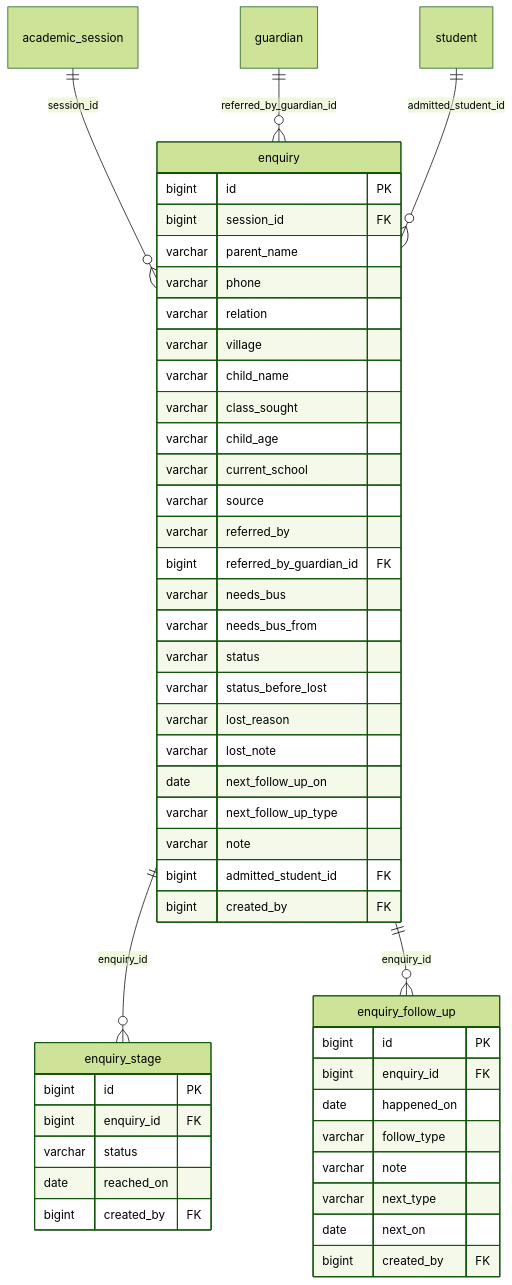
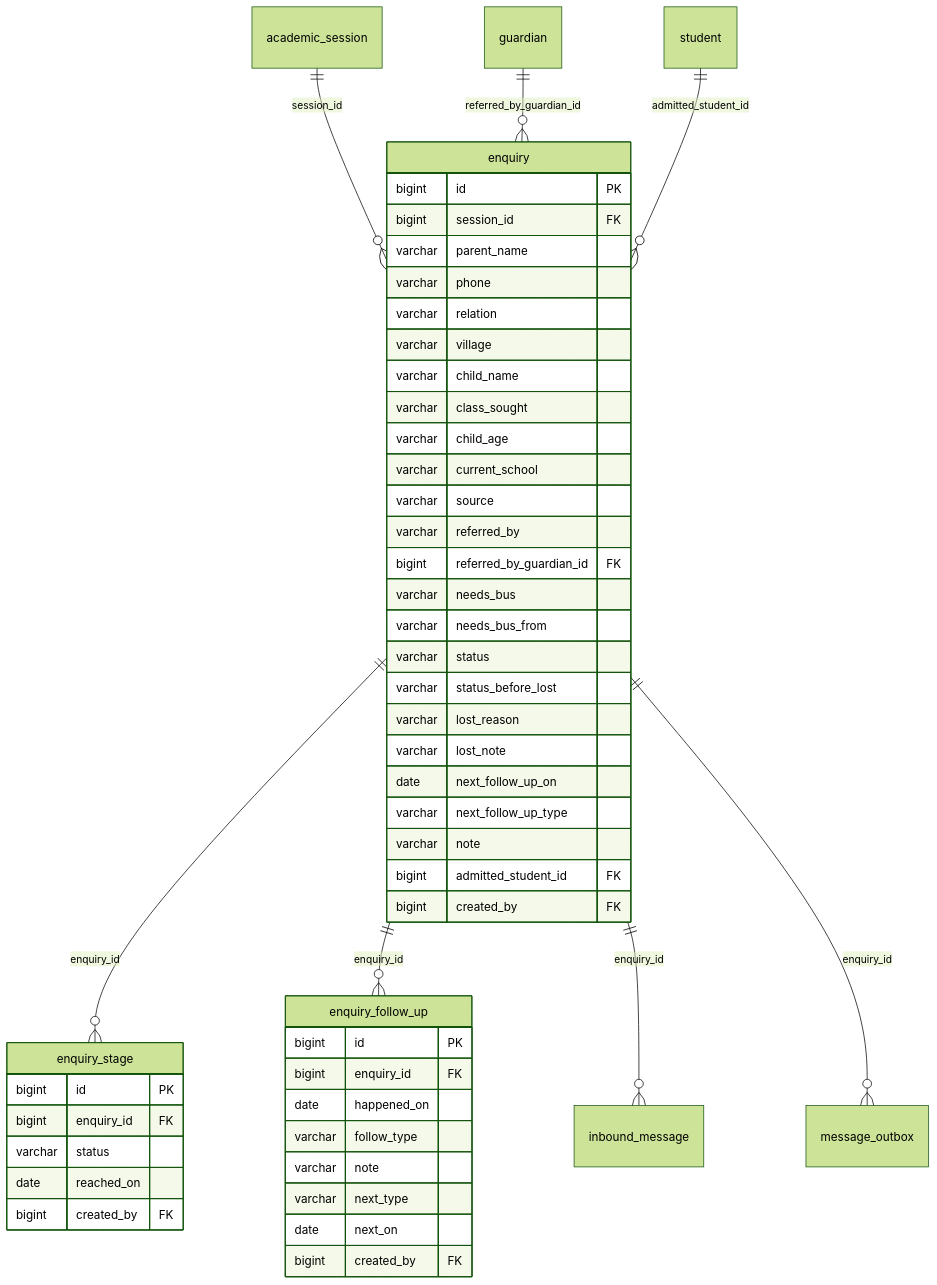
One commit to MUH-Education/school-platform changed diagram 12 of 15 in docs/03-data-model.md. Above: the diagram before and after it, drawn with Mermaid (forest theme). The commit also changed other lines of this file and 31 other files, not shown here.

````diff
--- a/docs/03-data-model.md
+++ b/docs/03-data-model.md
@@ -1520,51 +1977,53 @@
 ```mermaid
 erDiagram
     enquiry {
         bigint id PK
         bigint session_id FK
         varchar parent_name
         varchar phone
         varchar relation
         varchar village
         varchar child_name
         varchar class_sought
         varchar child_age
         varchar current_school
         varchar source
         varchar referred_by
         bigint referred_by_guardian_id FK
         varchar needs_bus
         varchar needs_bus_from
         varchar status
         varchar status_before_lost
         varchar lost_reason
         varchar lost_note
         date next_follow_up_on
         varchar next_follow_up_type
         varchar note
         bigint admitted_student_id FK
         bigint created_by FK
     }
     enquiry_stage {
         bigint id PK
         bigint enquiry_id FK
         varchar status
         date reached_on
         bigint created_by FK
     }
     enquiry_follow_up {
         bigint id PK
         bigint enquiry_id FK
         date happened_on
         varchar follow_type
         varchar note
         varchar next_type
         date next_on
         bigint created_by FK
     }
     academic_session ||--o{ enquiry : session_id
     guardian ||--o{ enquiry : referred_by_guardian_id
     student ||--o{ enquiry : admitted_student_id
     enquiry ||--o{ enquiry_stage : enquiry_id
     enquiry ||--o{ enquiry_follow_up : enquiry_id
+    enquiry ||--o{ inbound_message : enquiry_id
+    enquiry ||--o{ message_outbox : enquiry_id
 ```
````
